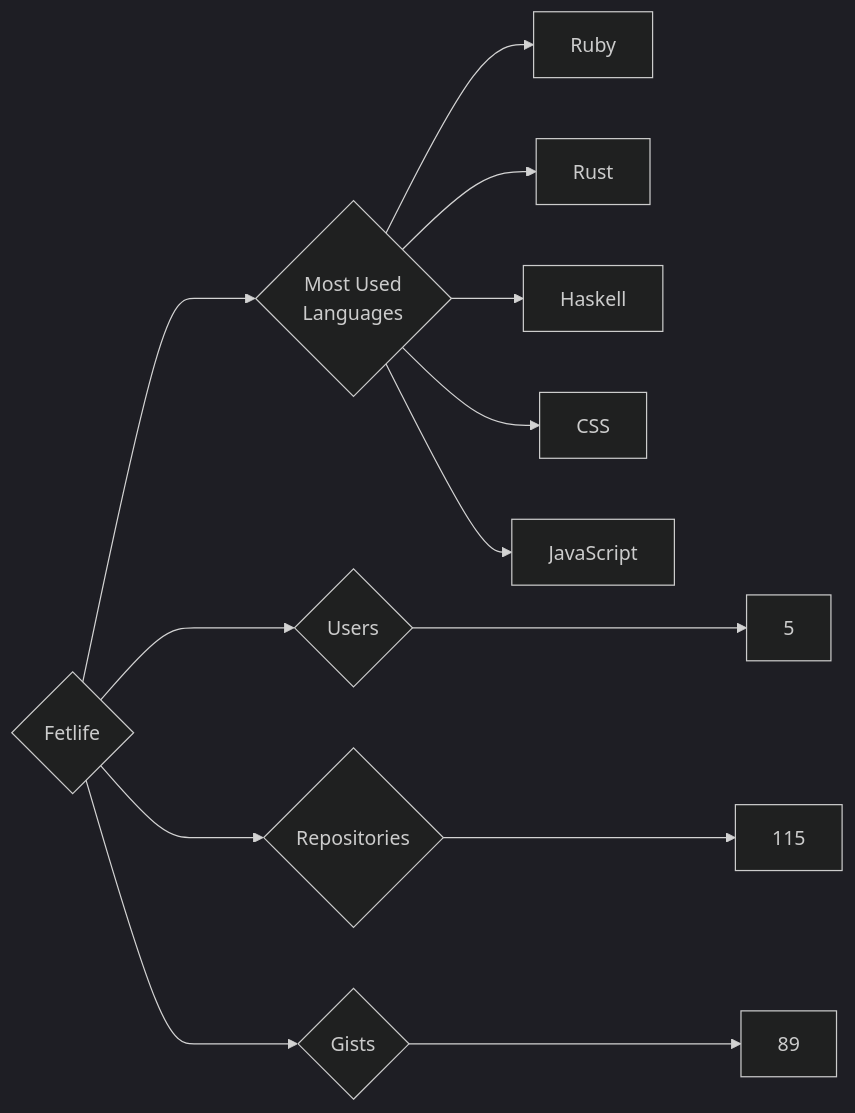
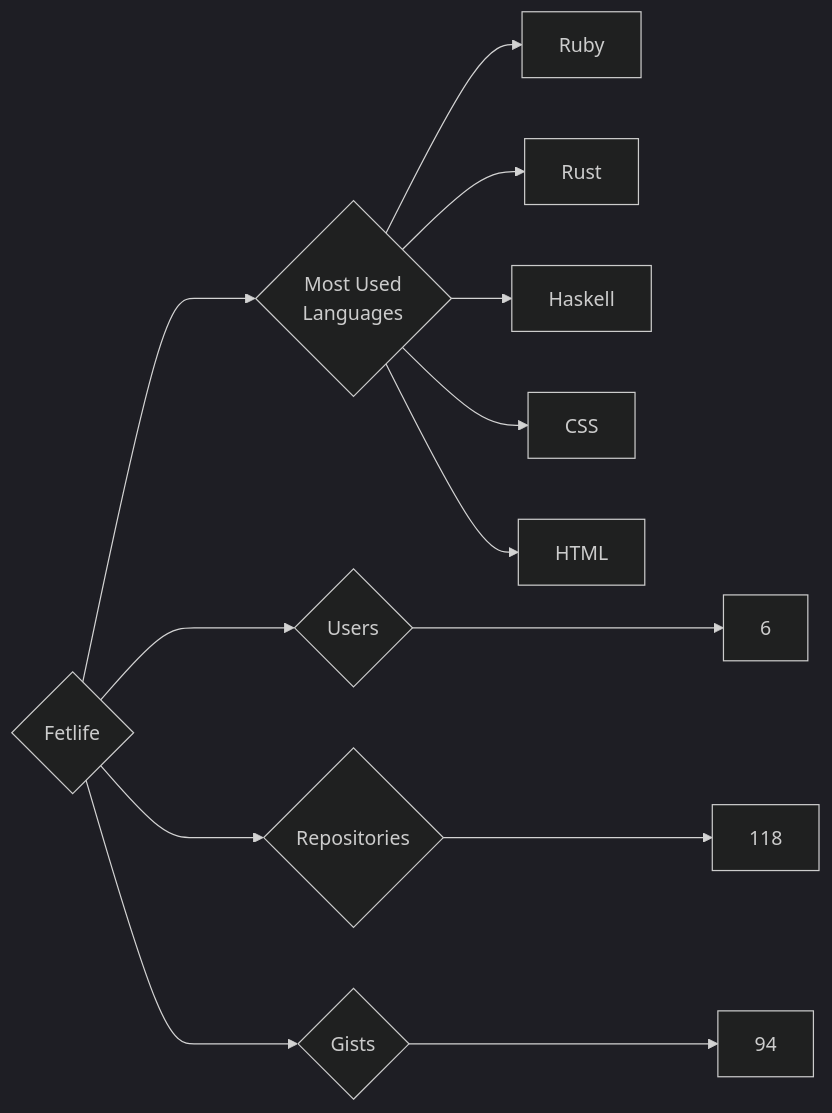
The diagram in targets/Fetlife/README.md (trickest/insiders), drawn with Mermaid (dark theme) before and after one commit. The commit also changed 1238 other files, not shown here.

````diff
--- a/targets/Fetlife/README.md
+++ b/targets/Fetlife/README.md
@@ -3,13 +3,13 @@
 ```mermaid
 graph LR
 COMPANY_NAME{Fetlife}
-COMPANY_NAME ---> U{Users} ---> UN[5]
-COMPANY_NAME ---> R{Repositories} ---> RN[115]
-COMPANY_NAME ---> G{Gists} ---> GN[89]
+COMPANY_NAME ---> U{Users} ---> UN[6]
+COMPANY_NAME ---> R{Repositories} ---> RN[118]
+COMPANY_NAME ---> G{Gists} ---> GN[94]
 COMPANY_NAME ---> ML{Most Used<br>Languages}
 ML --> Ruby[Ruby]
 ML --> Rust[Rust]
 ML --> Haskell[Haskell]
 ML --> CSS[CSS]
-ML --> JavaScript[JavaScript]
+ML --> HTML[HTML]
 ```
````
